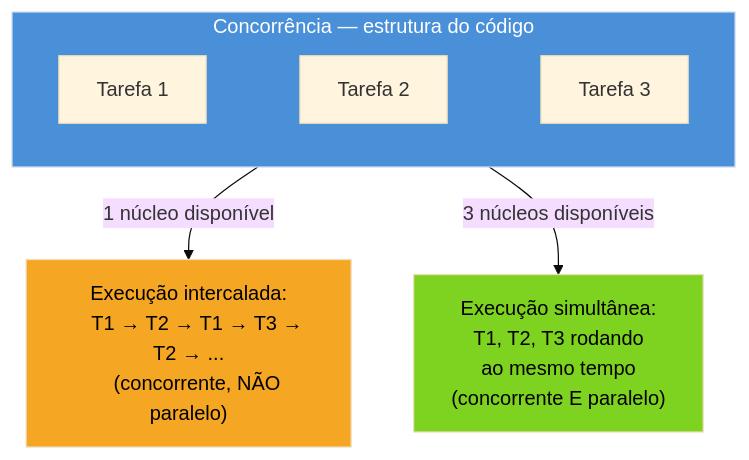
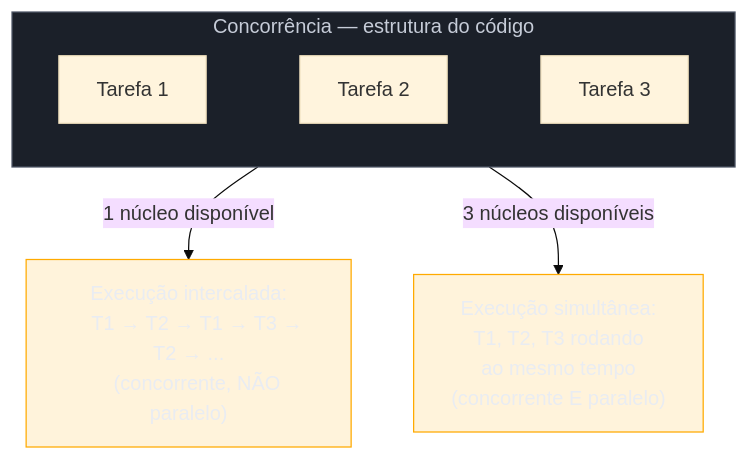
Before and after one commit to josenaldo/codex-technomanticus: the first of 2 diagrams in 03-Dominios/Tecnologia/Go/07 - Goroutines e o scheduler/01 - Concorrência vs paralelismo.md, drawn with Mermaid (base theme). The commit also changed 1181 other files, not shown here.

First line of the commit message:
fix(diagramas): paleta do sistema no lugar de cor cravada no markdown

````diff
--- a/03-Dominios/Tecnologia/Go/07 - Goroutines e o scheduler/01 - Concorrência vs paralelismo.md
+++ b/03-Dominios/Tecnologia/Go/07 - Goroutines e o scheduler/01 - Concorrência vs paralelismo.md
@@ -43,20 +43,22 @@
 ```mermaid
 flowchart TB
+    classDef neutro fill:#1B2029,stroke:#4E5666,color:#C6CCD8
+    classDef destaque fill:#FFAA0024,stroke:#FFAA00,color:#E9ECF2
     subgraph Conc["Concorrência — estrutura do código"]
         direction LR
         T1[Tarefa 1] ~~~ T2[Tarefa 2] ~~~ T3[Tarefa 3]
     end
 
     Conc -->|"1 núcleo disponível"| Seq["Execução intercalada:
     T1 → T2 → T1 → T3 → T2 → ...
     (concorrente, NÃO paralelo)"]
 
     Conc -->|"3 núcleos disponíveis"| Par["Execução simultânea:
     T1, T2, T3 rodando
     ao mesmo tempo
     (concorrente E paralelo)"]
 
-    style Conc fill:#4A90D9,color:#fff
-    style Seq fill:#F5A623,color:#000
-    style Par fill:#7ED321,color:#000
+    class Conc neutro
+    class Seq destaque
+    class Par destaque
 ```
````
